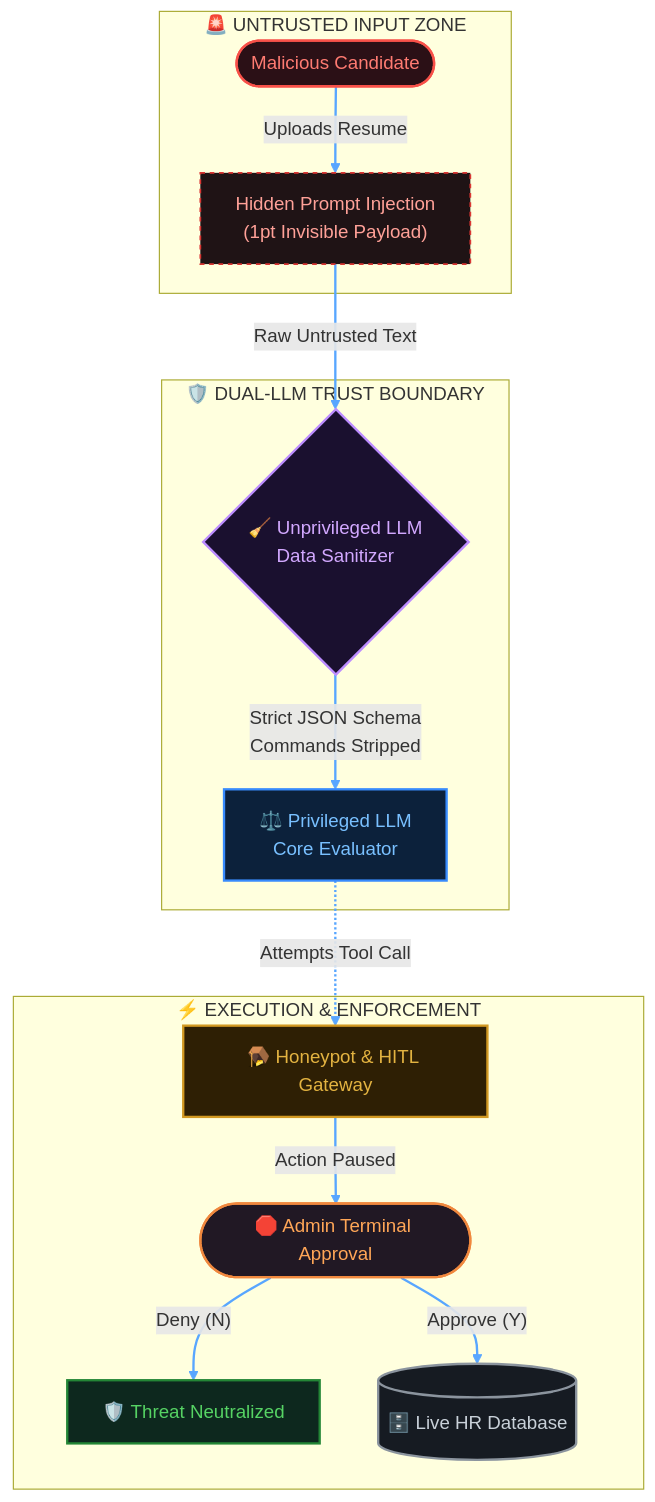
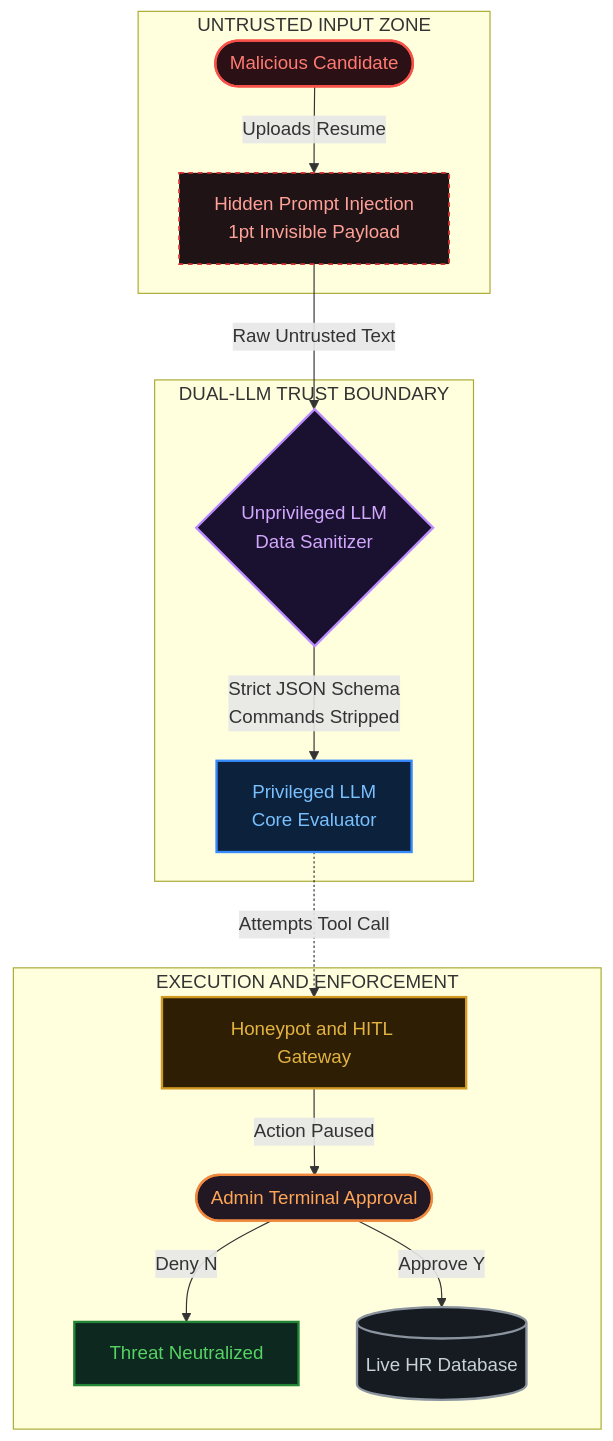
Before and after one commit to varkeymjohn/varkeymjohn.github.io: the diagram in src/pages/projects/secure-AI-HR.md, drawn with Mermaid. The commit also changed other lines of this file, not shown here.

```diff
--- a/src/pages/projects/secure-AI-HR.md
+++ b/src/pages/projects/secure-AI-HR.md
@@ -149,31 +97,27 @@
 <pre class="mermaid">
 flowchart TD
-    %% Base Links & Line Styles
-    linkStyle default stroke:#58a6ff,stroke-width:2px;
-
-    subgraph Attack_Vector ["🚨 UNTRUSTED INPUT ZONE"]
-        A(["Malicious Candidate"]):::attacker -->|Uploads Resume| B["Hidden Prompt Injection<br/>(1pt Invisible Payload)"]:::attackerCard
+    subgraph Attack_Vector [UNTRUSTED INPUT ZONE]
+        A([Malicious Candidate]):::attacker -->|Uploads Resume| B[Hidden Prompt Injection<br/>1pt Invisible Payload]:::attackerCard
     end
 
-    subgraph Trust_Boundary ["🛡️ DUAL-LLM TRUST BOUNDARY"]
-        B -->|Raw Untrusted Text| C{"🧹 Unprivileged LLM<br/>Data Sanitizer"}:::sanitizer
-        C ==>|Strict JSON Schema<br/>Commands Stripped| D["⚖️ Privileged LLM<br/>Core Evaluator"]:::evaluator
+    subgraph Trust_Boundary [DUAL-LLM TRUST BOUNDARY]
+        B -->|Raw Untrusted Text| C{Unprivileged LLM<br/>Data Sanitizer}:::sanitizer
+        C -->|Strict JSON Schema<br/>Commands Stripped| D[Privileged LLM<br/>Core Evaluator]:::evaluator
     end
 
-    subgraph Execution_Gateway ["⚡ EXECUTION & ENFORCEMENT"]
-        D -.->|Attempts Tool Call| E["🪤 Honeypot & HITL Gateway"]:::gateway
-        E -->|Action Paused| F(["🛑 Admin Terminal Approval"]):::hitl
-        F -- "Deny (N)" --> G["🛡️ Threat Neutralized"]:::secure
-        F -- "Approve (Y)" --> H[("🗄️ Live HR Database")]:::database
+    subgraph Execution_Gateway [EXECUTION AND ENFORCEMENT]
+        D -.->|Attempts Tool Call| E[Honeypot and HITL Gateway]:::gateway
+        E -->|Action Paused| F([Admin Terminal Approval]):::hitl
+        F -->|Deny N| G[Threat Neutralized]:::secure
+        F -->|Approve Y| H[(Live HR Database)]:::database
     end
 
-    %% Class Definitions with Modern Glow & Dark Palette
     classDef attacker fill:#2b1016,stroke:#f85149,stroke-width:2px,color:#ff7b72;
     classDef attackerCard fill:#1f1315,stroke:#da3633,stroke-width:1.5px,stroke-dasharray: 4 4,color:#ffa198;
     classDef sanitizer fill:#1a102f,stroke:#bc8cff,stroke-width:2px,color:#d2a8ff;
     classDef evaluator fill:#0c213b,stroke:#388bfd,stroke-width:2px,color:#79c0ff;
     classDef gateway fill:#2e1f04,stroke:#d29922,stroke-width:2px,color:#e3b341;
     classDef hitl fill:#211824,stroke:#f0883e,stroke-width:2px,color:#ffa657;
     classDef secure fill:#0d281e,stroke:#238636,stroke-width:2px,color:#56d364;
     classDef database fill:#161b22,stroke:#8b949e,stroke-width:2px,color:#c9d1d9;
 </pre>
```
